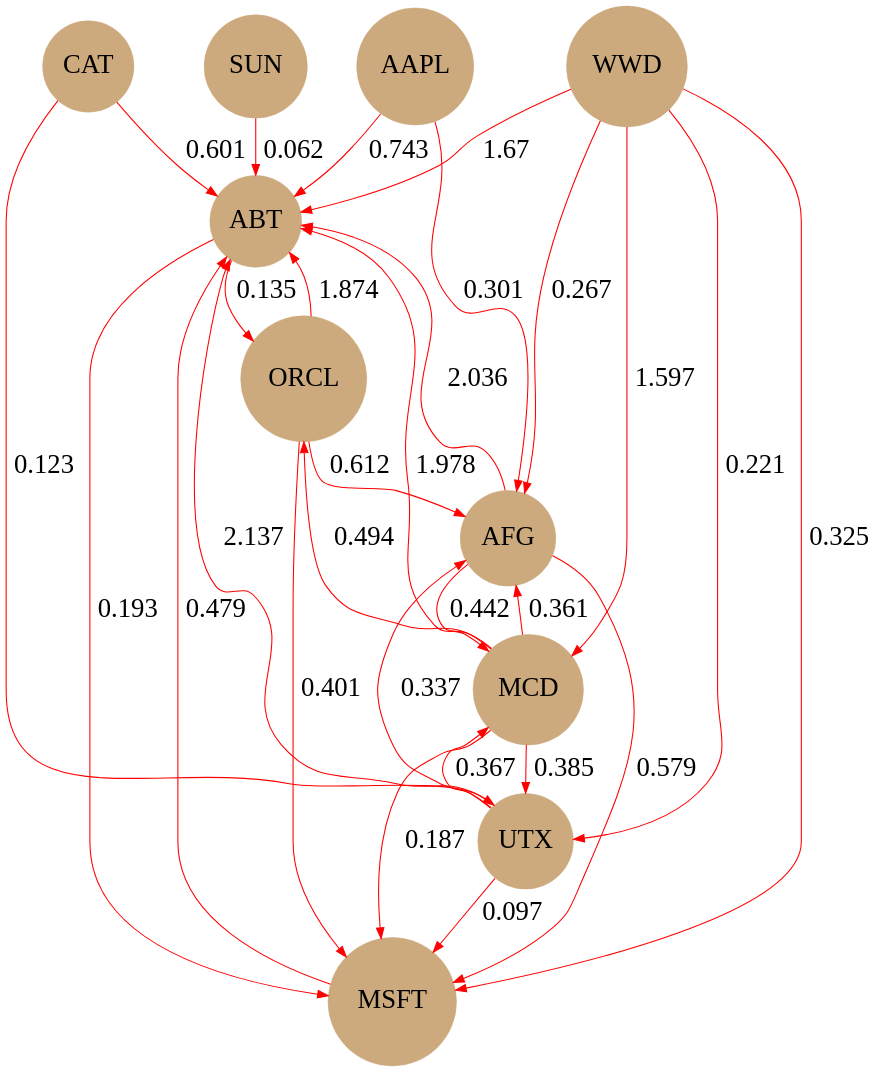
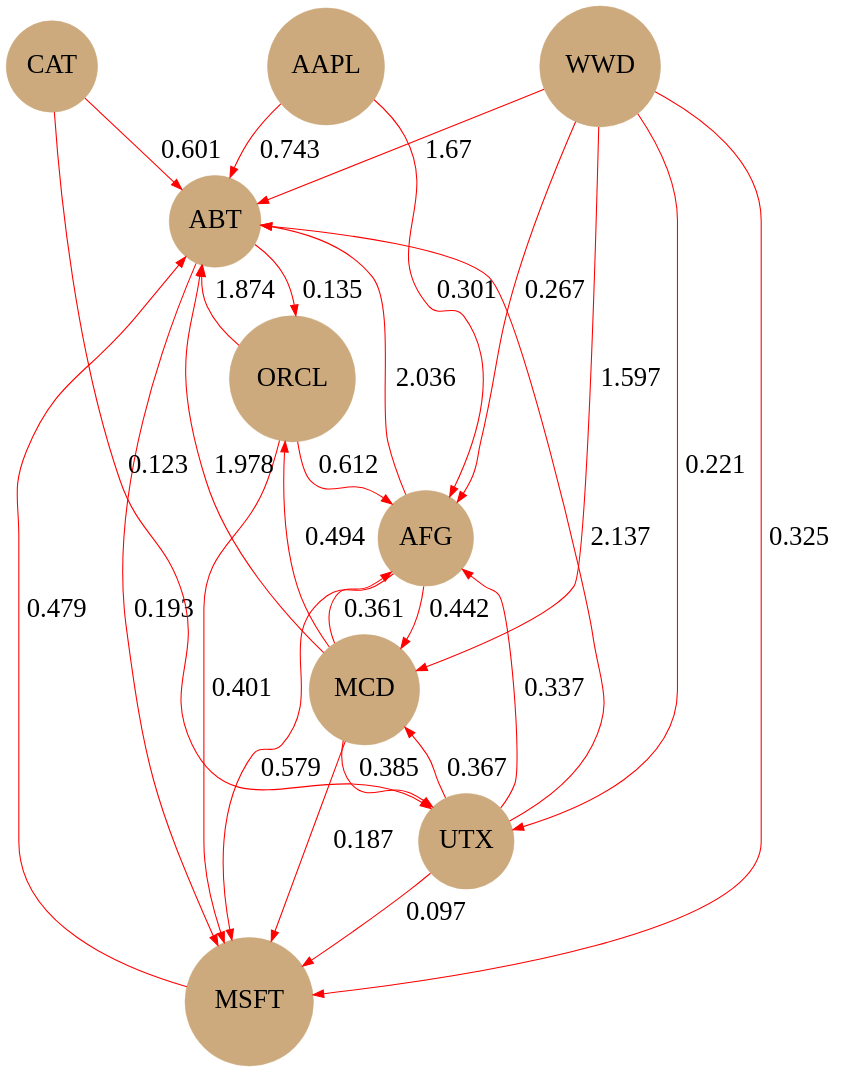
The diagram in financedataanalysis/src/regression/dotexamples/MSE-Graph.gv (aneeshChivukula/Data-Mining), drawn with Graphviz before and after one commit. The commit also changed 4 other files, not shown here.

```diff
--- a/financedataanalysis/src/regression/dotexamples/MSE-Graph.gv
+++ b/financedataanalysis/src/regression/dotexamples/MSE-Graph.gv
@@ -1,46 +1,44 @@
 digraph {
 
 node[fontsize=50]
 edge[fontsize=50]
 
-SUN -> ABT	 [arrowsize=2,penwidth=2,color=red,label=0.062];
 ABT -> ORCL	 [arrowsize=2,penwidth=2,color=red,label=0.135];
 ABT -> MSFT	 [arrowsize=2,penwidth=2,color=red,label=0.193];
 AAPL -> AFG	 [arrowsize=2,penwidth=2,color=red,label=0.301];
 AAPL -> ABT	 [arrowsize=2,penwidth=2,color=red,label=0.743];
 AFG -> ABT	 [arrowsize=2,penwidth=2,color=red,label=2.036];
 AFG -> MSFT	 [arrowsize=2,penwidth=2,color=red,label=0.579];
 AFG -> MCD	 [arrowsize=2,penwidth=2,color=red,label=0.442];
 MSFT -> ABT	 [arrowsize=2,penwidth=2,color=red,label=0.479];
 MCD -> AFG	 [arrowsize=2,penwidth=2,color=red,label=0.361];
 MCD -> ORCL	 [arrowsize=2,penwidth=2,color=red,label=0.494];
 MCD -> ABT	 [arrowsize=2,penwidth=2,color=red,label=1.978];
 MCD -> UTX	 [arrowsize=2,penwidth=2,color=red,label=0.385];
 MCD -> MSFT	 [arrowsize=2,penwidth=2,color=red,label=0.187];
 CAT -> UTX	 [arrowsize=2,penwidth=2,color=red,label=0.123];
 CAT -> ABT	 [arrowsize=2,penwidth=2,color=red,label=0.601];
 UTX -> AFG	 [arrowsize=2,penwidth=2,color=red,label=0.337];
 UTX -> MCD	 [arrowsize=2,penwidth=2,color=red,label=0.367];
 UTX -> ABT	 [arrowsize=2,penwidth=2,color=red,label=2.137];
 UTX -> MSFT	 [arrowsize=2,penwidth=2,color=red,label=0.097];
 WWD -> AFG	 [arrowsize=2,penwidth=2,color=red,label=0.267];
 WWD -> MCD	 [arrowsize=2,penwidth=2,color=red,label=1.597];
 WWD -> ABT	 [arrowsize=2,penwidth=2,color=red,label=1.67];
 WWD -> UTX	 [arrowsize=2,penwidth=2,color=red,label=0.221];
 WWD -> MSFT	 [arrowsize=2,penwidth=2,color=red,label=0.325];
 ORCL -> ABT	 [arrowsize=2,penwidth=2,color=red,label=1.874];
 ORCL -> MSFT	 [arrowsize=2,penwidth=2,color=red,label=0.401];
 ORCL -> AFG	 [arrowsize=2,penwidth=2,color=red,label=0.612];
 
-SUN [shape=circle,color=burlywood3,style=filled];
 AAPL [shape=circle,color=burlywood3,style=filled];
 AFG [shape=circle,color=burlywood3,style=filled];
 CAT [shape=circle,color=burlywood3,style=filled];
 WWD [shape=circle,color=burlywood3,style=filled];
 ORCL [shape=circle,color=burlywood3,style=filled];
 ABT [shape=circle,color=burlywood3,style=filled];
 UTX [shape=circle,color=burlywood3,style=filled];
 MCD [shape=circle,color=burlywood3,style=filled];
 MSFT [shape=circle,color=burlywood3,style=filled];
 
 }
```
